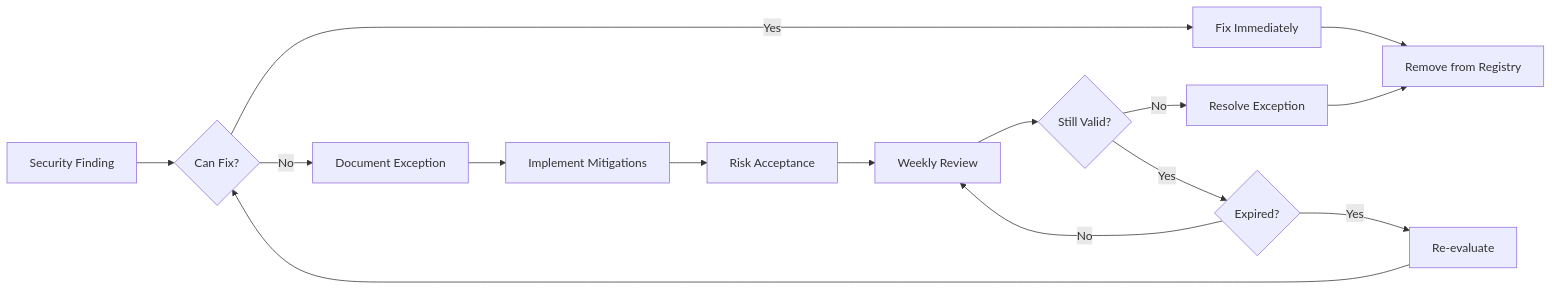
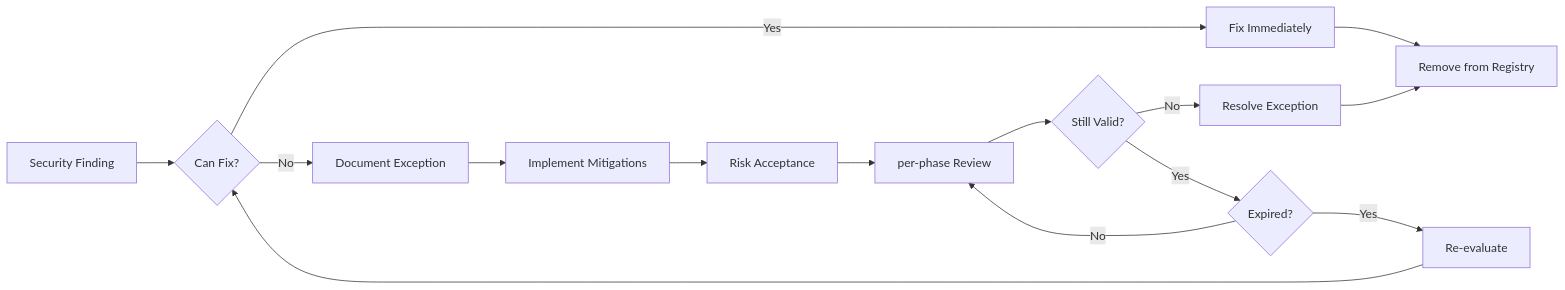
Before and after one commit to Aries-Serpent/_codex_: the diagram in docs/security/security-exceptions.md, drawn with Mermaid. The commit also changed other lines of this file and 659 other files, not shown here.

````diff
--- a/docs/security/security-exceptions.md
+++ b/docs/security/security-exceptions.md
@@ -255,17 +255,17 @@
 ```mermaid
 graph LR
     A[Security Finding] --> B{Can Fix?}
     B -->|Yes| C[Fix Immediately]
     B -->|No| D[Document Exception]
     D --> E[Implement Mitigations]
     E --> F[Risk Acceptance]
-    F --> G[Weekly Review]
+    F --> G[per-phase Review]
     G --> H{Still Valid?}
     H -->|No| I[Resolve Exception]
     H -->|Yes| J{Expired?}
     J -->|Yes| K[Re-evaluate]
     J -->|No| G
     C --> L[Remove from Registry]
     I --> L
     K --> B
 ```
````
